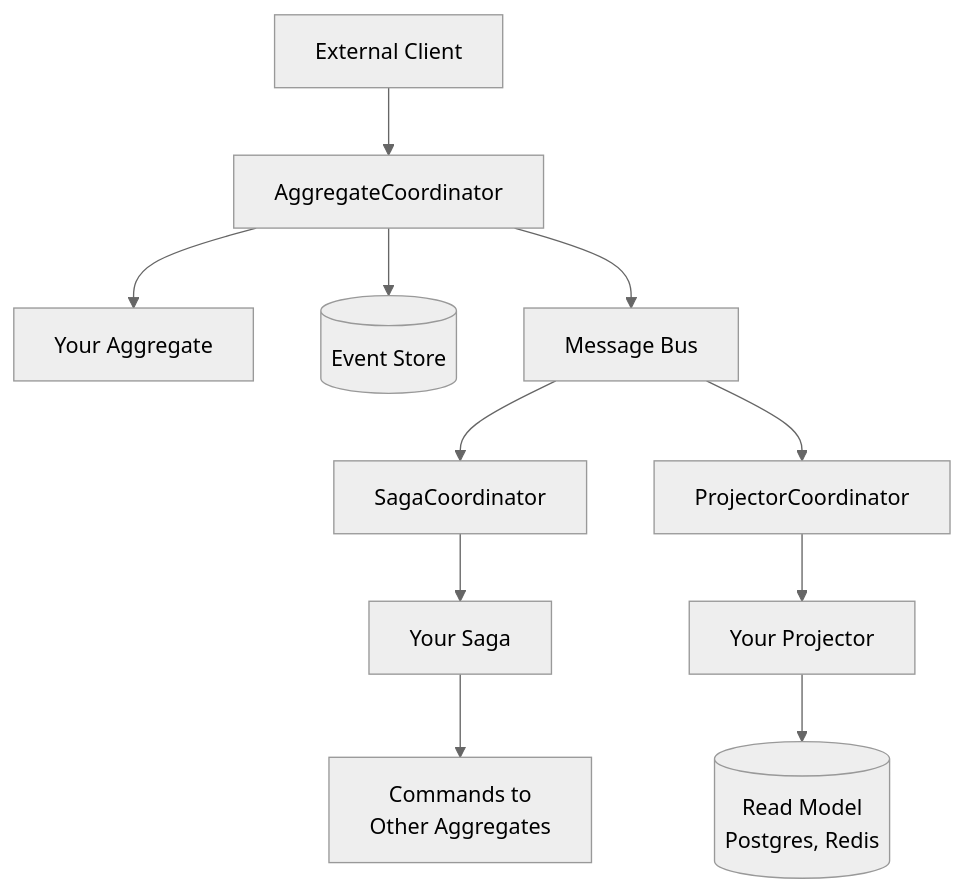
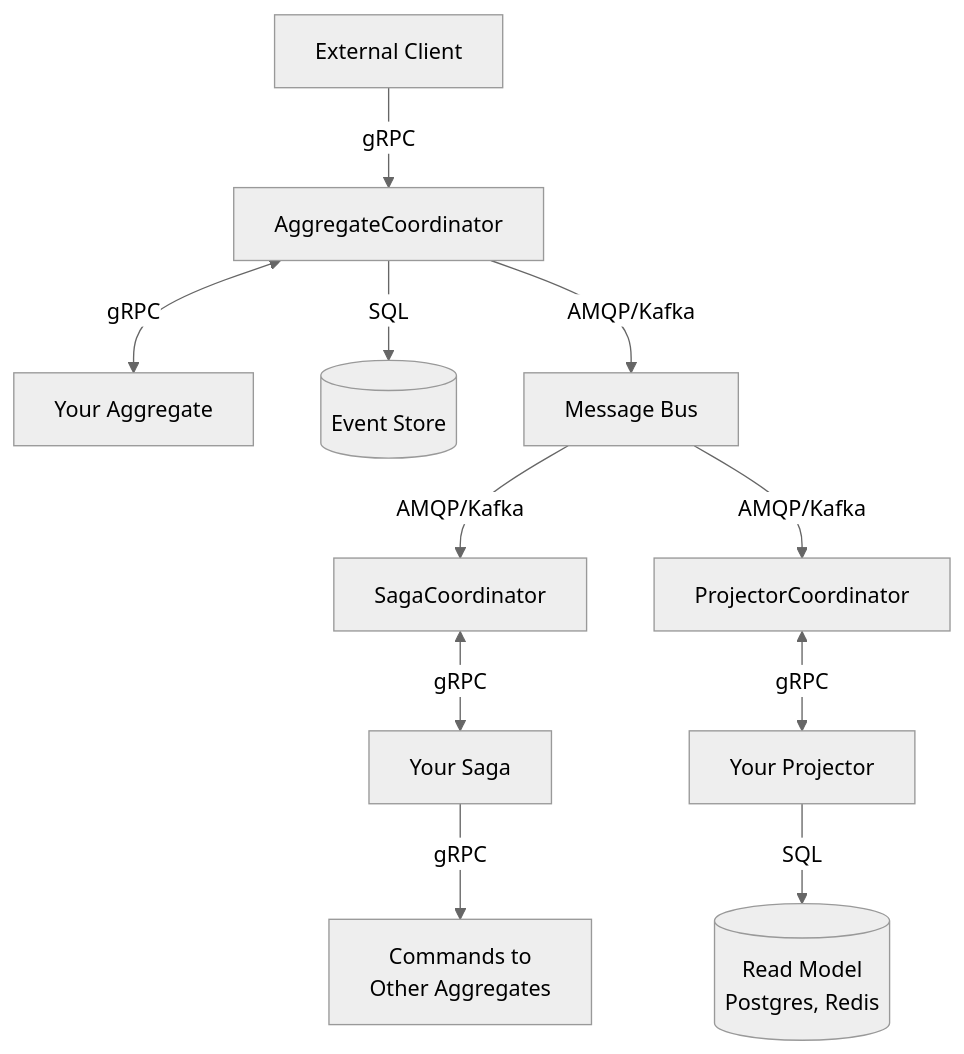
The first of 3 diagrams in docs/docs/architecture.md (benjaminabbitt/angzarr), drawn with Mermaid (neutral theme) before and after one commit. The commit also changed other lines of this file and 5 other files, not shown here.

````diff
--- a/docs/docs/architecture.md
+++ b/docs/docs/architecture.md
@@ -69,25 +69,25 @@
 ```mermaid
 flowchart TB
     Client[External Client]
     AC[AggregateCoordinator]
     Agg[Your Aggregate]
     ES[(Event Store)]
     BUS[Message Bus]
     SC[SagaCoordinator]
     PC[ProjectorCoordinator]
     Saga[Your Saga]
     Proj[Your Projector]
     Cmd[Commands to<br/>Other Aggregates]
     RM[(Read Model<br/>Postgres, Redis)]
 
-    Client --> AC
-    AC --> Agg
-    AC --> ES
-    AC --> BUS
-    BUS --> SC
-    BUS --> PC
-    SC --> Saga
-    PC --> Proj
-    Saga --> Cmd
-    Proj --> RM
+    Client -->|gRPC| AC
+    AC <-->|gRPC| Agg
+    AC -->|SQL| ES
+    AC -->|AMQP/Kafka| BUS
+    BUS -->|AMQP/Kafka| SC
+    BUS -->|AMQP/Kafka| PC
+    SC <-->|gRPC| Saga
+    PC <-->|gRPC| Proj
+    Saga -->|gRPC| Cmd
+    Proj -->|SQL| RM
 ```
````
